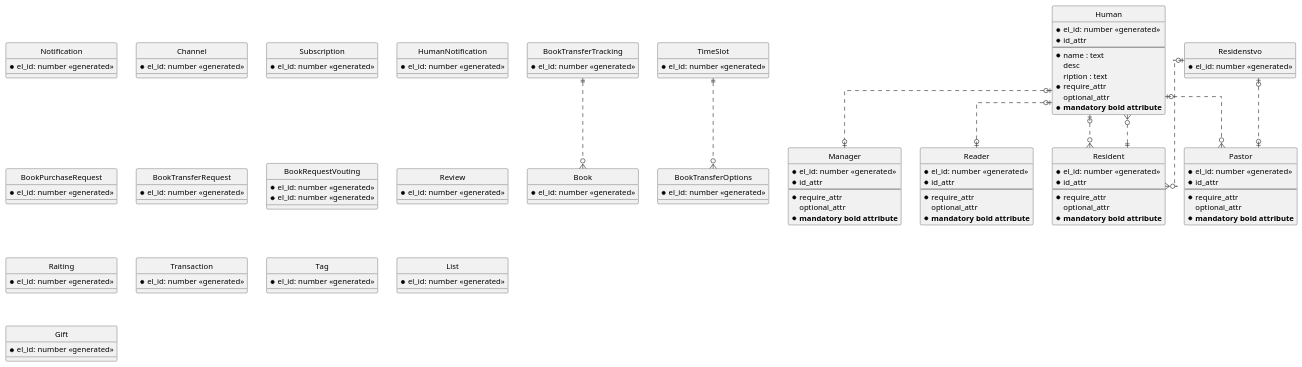
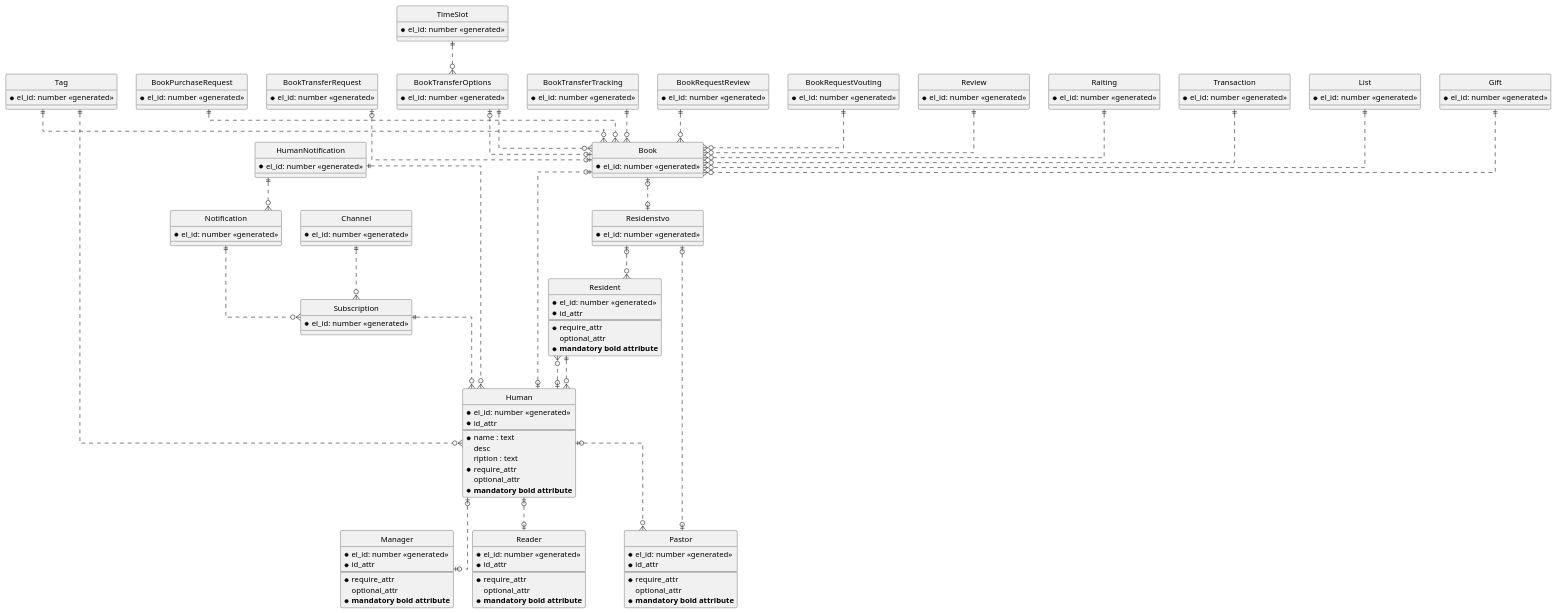
Before and after one commit to vladimir-klymniuk/bookshelf: the diagram in design/erd/bookshelf.puml, drawn with PlantUML. The commit also changed other lines of this file and 3 other files, not shown here.

```diff
--- a/design/erd/bookshelf.puml
+++ b/design/erd/bookshelf.puml
@@ -55,45 +55,22 @@
     ' status
 }
 
-' one to one
-' one |o..o| one
-
-' many to one
-' book_transfer_request ||..o{ book
-' book_purchase_request ||..o{ book
-' human_notification    ||..o{ human
-
-
 entity "TimeSlot" as timeslot {
     *el_id: number <<generated>>
 }
 
-timeslot ||..o{ book_transfer_options
     
 entity "BookTransferTracking" as book_transfer_tracking {
     *el_id: number <<generated>>
 }
 
-book_transfer_tracking ||..o{ book
-
-' one to many
-' one |o..o{ many 
-' one |o..o{ many
-
-' one to one
-' one |o..o| one
-
-' many to one
-' many ||..o{ one
-
-
-entity "BookRequestReview" as bookApplication {
+entity "BookRequestReview" as book_request_review {
     *el_id: number <<generated>>
     ' residenstvo_id
     ' book_request_id
 }
 
-entity "BookRequestVouting" as bookApplication {
+entity "BookRequestVouting" as book_request_vouting {
     *el_id: number <<generated>>
     ' resident_id
     ' book_request_review_id
@@ -176,6 +153,28 @@
     *el_id: number <<generated>>
 }
 
+
+subscription ||..o{ human
+channel ||..o{ subscription
+notification ||..o{ subscription
+book_transfer_options ||..o{ book
+book_transfer_request |o..o| book
+book_transfer_options |o..o| book
+timeslot ||..o{ book_transfer_options
+
+book_transfer_tracking  ||..o{ book
+book_request_review     ||..o{ book
+book_request_vouting    ||..o{ book
+
+review                  ||..o{ book
+raiting                 ||..o{ book
+transaction             ||..o{ book
+
+tag                     ||..o{ book
+tag                     ||..o{ human
+
+list                    ||..o{ book
+gift                    ||..o{ book
 ' one to many
 residenstvo |o..o{ resident
 
@@ -190,10 +189,22 @@
 
 ' one to one
 human |o..o| reader
+human |o..o| book
 human |o..o| manager
+book |o..o| residenstvo
+resident ||..o{ human
+
+human_notification ||..o{ human
+human_notification ||..o{ notification
+book_purchase_request ||..o{ book
+
+' one to many
+' one |o..o{ many 
+
+' one to one
+' one |o..o| one
 
 ' many to one
-resident ||..o{ human
- 
+' many ||..o{ one
 
 @enduml
```
